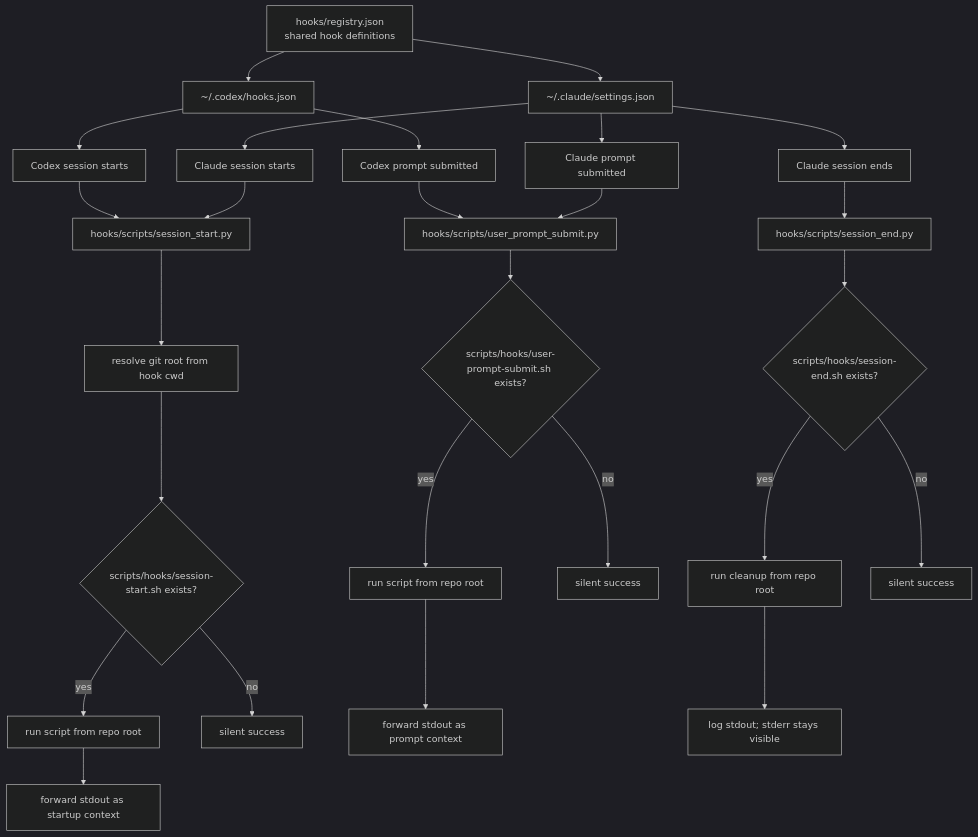
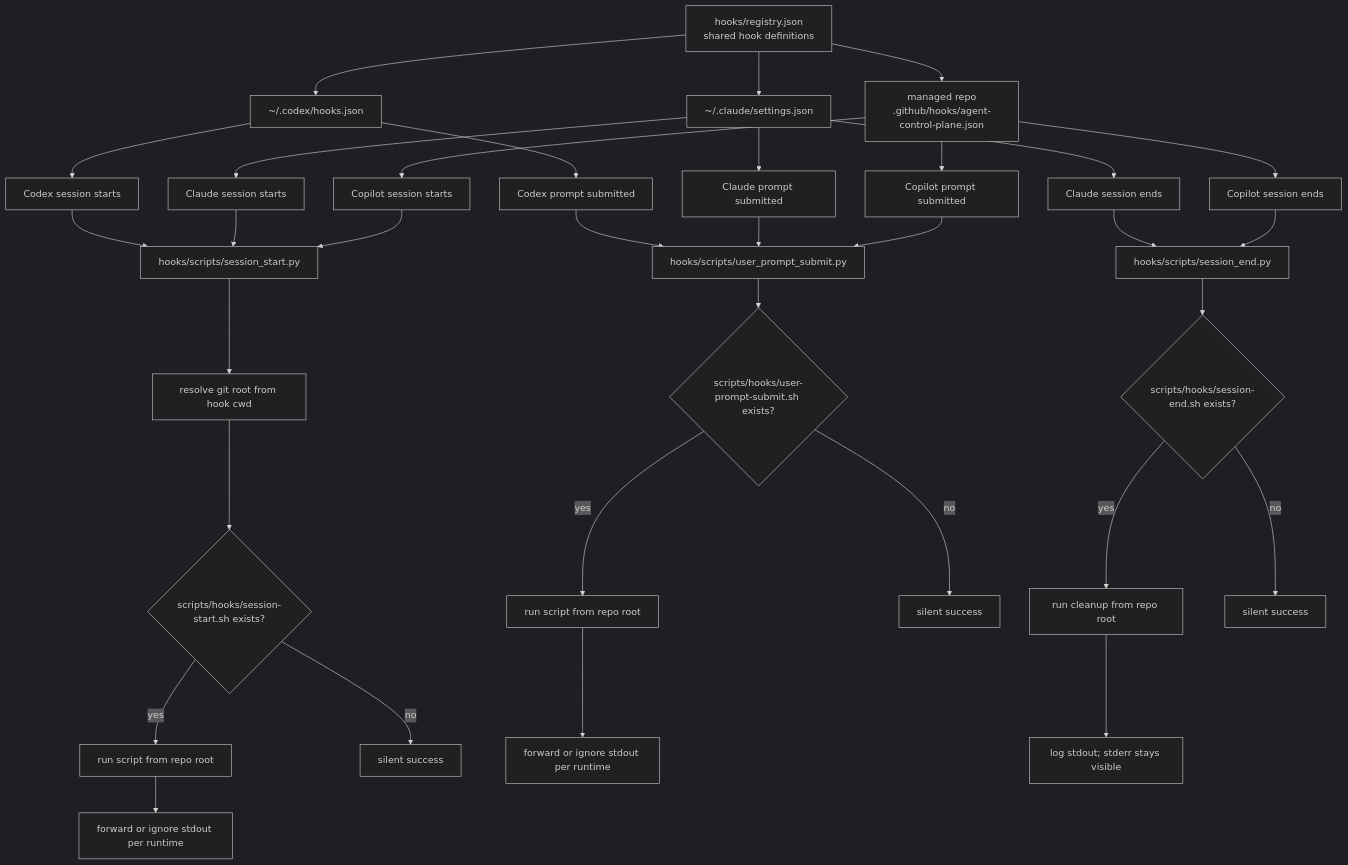
One commit to wisdom-in-a-nutshell/.agents changed the fourth of 6 diagrams in docs/architecture/codex-control-plane-script-flows.md. Above: the diagram before and after it, drawn with Mermaid (dark theme). The commit also changed other lines of this file and 21 other files, not shown here.

````diff
--- a/docs/architecture/codex-control-plane-script-flows.md
+++ b/docs/architecture/codex-control-plane-script-flows.md
@@ -132,28 +132,35 @@
 ```mermaid
 flowchart TD
     A[hooks/registry.json<br/>shared hook definitions] --> B[~/.codex/hooks.json]
     A --> C[~/.claude/settings.json]
+    A --> Y[managed repo<br/>.github/hooks/agent-control-plane.json]
     B --> D[Codex session starts]
     C --> E[Claude session starts]
+    Y --> Z[Copilot session starts]
     D --> F[hooks/scripts/session_start.py]
     E --> F
+    Z --> F
     F --> G[resolve git root from hook cwd]
     G --> H{scripts/hooks/session-start.sh exists?}
     H -->|yes| I[run script from repo root]
-    I --> J[forward stdout as startup context]
+    I --> J[forward or ignore stdout per runtime]
     H -->|no| K[silent success]
     B --> L[Codex prompt submitted]
     C --> M[Claude prompt submitted]
+    Y --> M2[Copilot prompt submitted]
     L --> N[hooks/scripts/user_prompt_submit.py]
     M --> N
+    M2 --> N
     N --> O{scripts/hooks/user-prompt-submit.sh exists?}
     O -->|yes| P[run script from repo root]
-    P --> Q[forward stdout as prompt context]
+    P --> Q[forward or ignore stdout per runtime]
     O -->|no| R[silent success]
     C --> S[Claude session ends]
+    Y --> S2[Copilot session ends]
     S --> T[hooks/scripts/session_end.py]
+    S2 --> T
     T --> U{scripts/hooks/session-end.sh exists?}
     U -->|yes| V[run cleanup from repo root]
     V --> W[log stdout; stderr stays visible]
     U -->|no| X[silent success]
 ```
````
